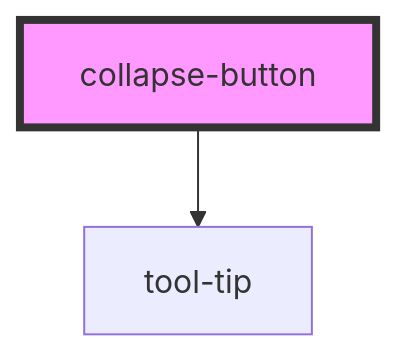
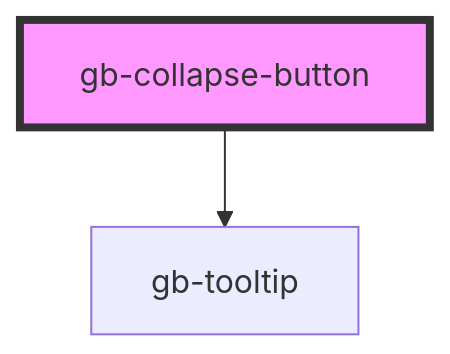
Before and after one commit to Emmanuel1858/globusComponent: the diagram in src/components/gb-collapse-button/readme.md, drawn with Mermaid. The commit also changed other lines of this file and 53 other files, not shown here.

````diff
--- a/src/components/gb-collapse-button/readme.md
+++ b/src/components/gb-collapse-button/readme.md
@@ -23,5 +23,5 @@
 ```mermaid
 graph TD;
-  collapse-button --> tool-tip
-  style collapse-button fill:#f9f,stroke:#333,stroke-width:4px
+  gb-collapse-button --> gb-tooltip
+  style gb-collapse-button fill:#f9f,stroke:#333,stroke-width:4px
 ```
````
